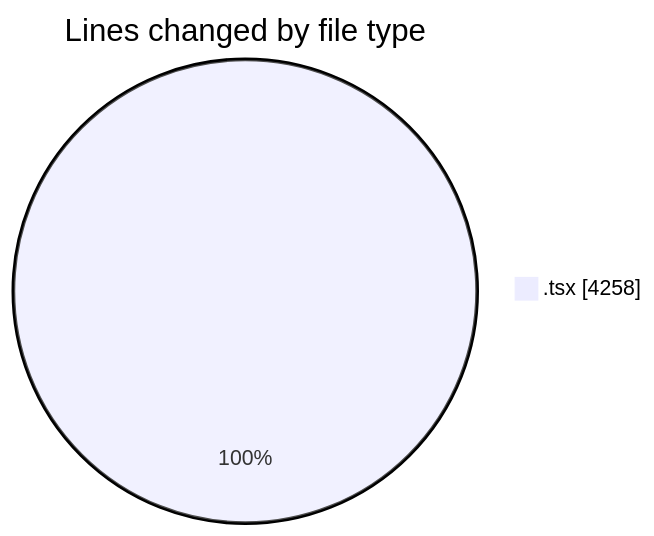
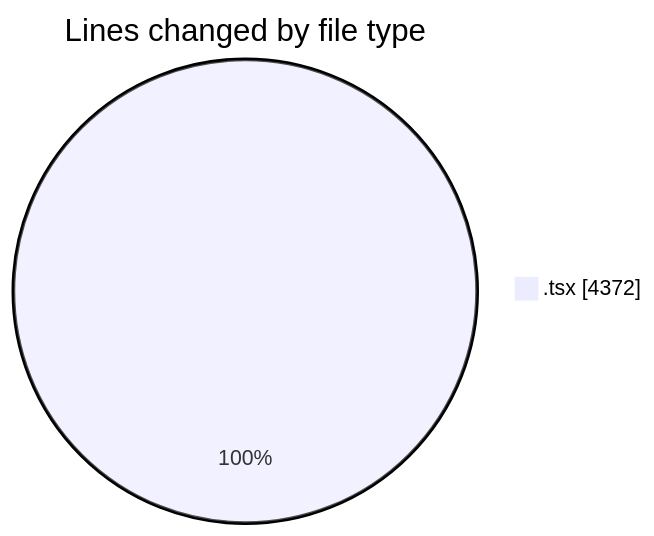
The first of 2 diagrams in 2026-06-25/nxtqube_webapp/README.md (nxtqubesakshisongat/code-tracking), drawn with Mermaid before and after one commit. The commit also changed other lines of this file and 1 other file, not shown here.

````diff
--- a/2026-06-25/nxtqube_webapp/README.md
+++ b/2026-06-25/nxtqube_webapp/README.md
@@ -22,5 +22,5 @@
 ```mermaid
 pie showData
 title Lines changed by file type
-".tsx" : 4258
+".tsx" : 4372
 ```
````
